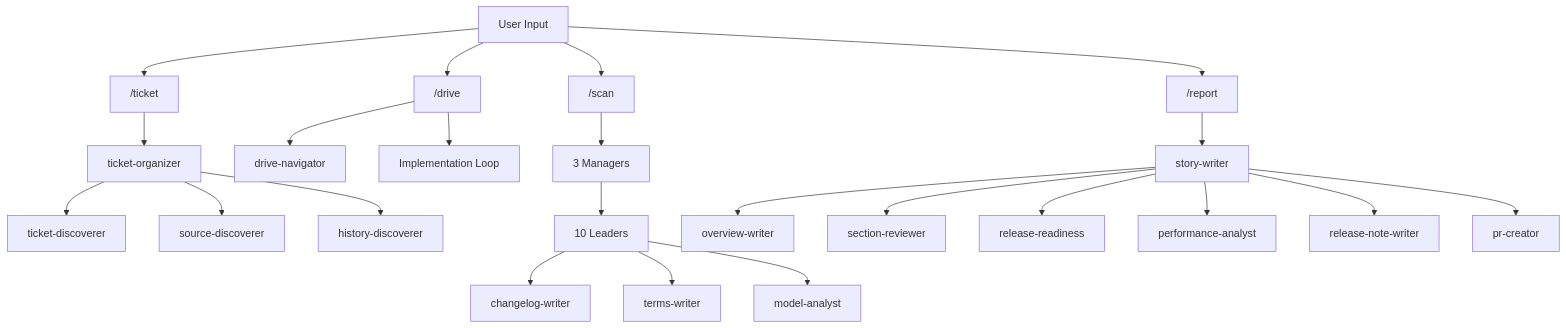
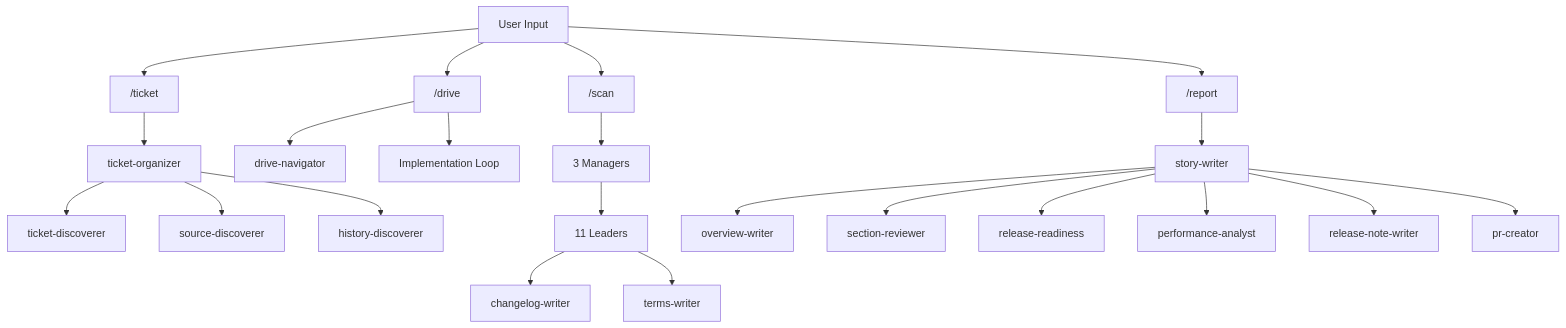
Before and after one commit to qmu/workaholic: the first of 3 diagrams in .workaholic/specs/component.md, drawn with Mermaid. The commit also changed other lines of this file and 57 other files, not shown here.

````diff
--- a/.workaholic/specs/component.md
+++ b/.workaholic/specs/component.md
@@ -64,29 +85,28 @@
 ```mermaid
 flowchart TD
     User["User Input"] --> ticket["/ticket"]
     User --> drive["/drive"]
     User --> scan["/scan"]
     User --> report["/report"]
 
     ticket --> TO[ticket-organizer]
     TO --> TD[ticket-discoverer]
     TO --> SD[source-discoverer]
     TO --> HD[history-discoverer]
 
     drive --> DN[drive-navigator]
     drive --> Impl["Implementation Loop"]
 
     scan --> Managers[3 Managers]
-    Managers --> Leaders[10 Leaders]
+    Managers --> Leaders[11 Leaders]
     Leaders --> CW[changelog-writer]
     Leaders --> TW[terms-writer]
-    Leaders --> MA[model-analyst]
 
     report --> SW[story-writer]
     SW --> OW[overview-writer]
     SW --> SR[section-reviewer]
     SW --> RA[release-readiness]
     SW --> PERF[performance-analyst]
     SW --> RNW[release-note-writer]
     SW --> PC[pr-creator]
 ```
````
